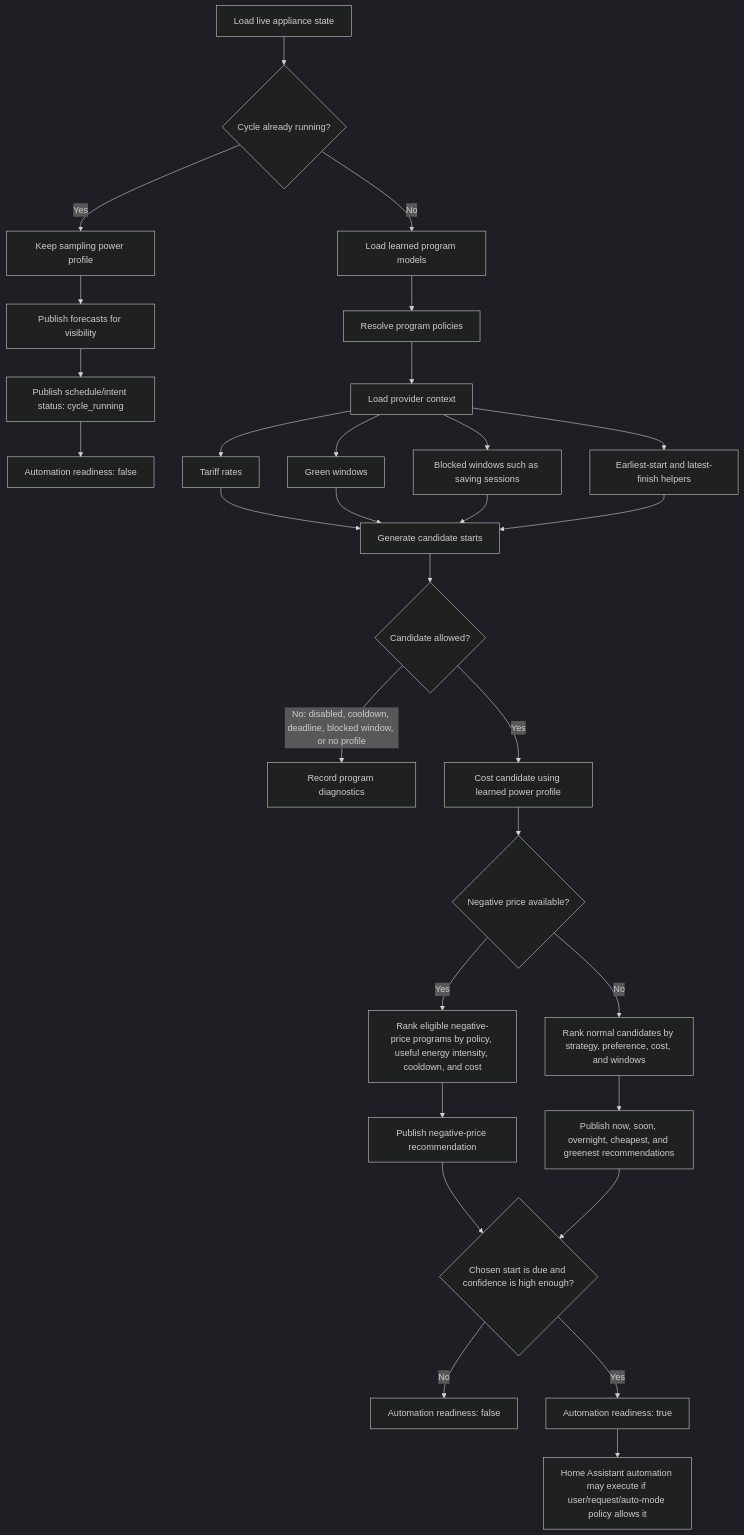
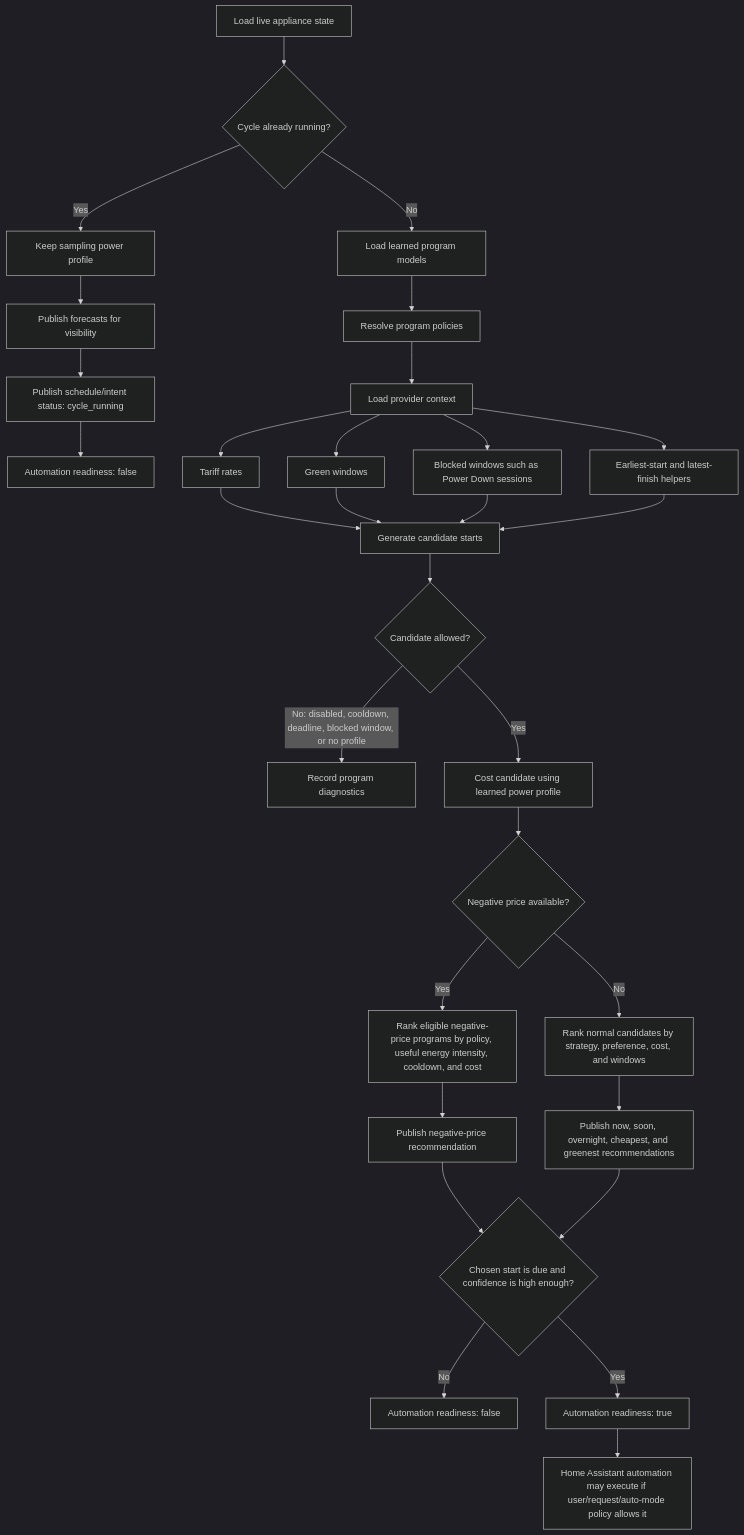
Before and after one commit to stevesherry123/load-optimizer-home-assistant: the diagram in docs/architecture.md, drawn with Mermaid (dark theme). The commit also changed other lines of this file and 6 other files, not shown here.

````diff
--- a/docs/architecture.md
+++ b/docs/architecture.md
@@ -220,35 +220,35 @@
 ```mermaid
 flowchart TD
     A["Load live appliance state"] --> B{"Cycle already running?"}
     B -- "Yes" --> C["Keep sampling power profile"]
     C --> D["Publish forecasts for visibility"]
     D --> E["Publish schedule/intent status: cycle_running"]
     E --> F["Automation readiness: false"]
 
     B -- "No" --> G["Load learned program models"]
     G --> H["Resolve program policies"]
     H --> I["Load provider context"]
     I --> I1["Tariff rates"]
     I --> I2["Green windows"]
-    I --> I3["Blocked windows such as saving sessions"]
+    I --> I3["Blocked windows such as Power Down sessions"]
     I --> I4["Earliest-start and latest-finish helpers"]
 
     I1 --> J["Generate candidate starts"]
     I2 --> J
     I3 --> J
     I4 --> J
     J --> K{"Candidate allowed?"}
     K -- "No: disabled, cooldown, deadline, blocked window, or no profile" --> L["Record program diagnostics"]
     K -- "Yes" --> M["Cost candidate using learned power profile"]
 
     M --> N{"Negative price available?"}
     N -- "Yes" --> O["Rank eligible negative-price programs by policy, useful energy intensity, cooldown, and cost"]
     N -- "No" --> P["Rank normal candidates by strategy, preference, cost, and windows"]
     O --> Q["Publish negative-price recommendation"]
     P --> R["Publish now, soon, overnight, cheapest, and greenest recommendations"]
     Q --> S{"Chosen start is due and confidence is high enough?"}
     R --> S
     S -- "No" --> T["Automation readiness: false"]
     S -- "Yes" --> U["Automation readiness: true"]
     U --> V["Home Assistant automation may execute if user/request/auto-mode policy allows it"]
 ```
````
